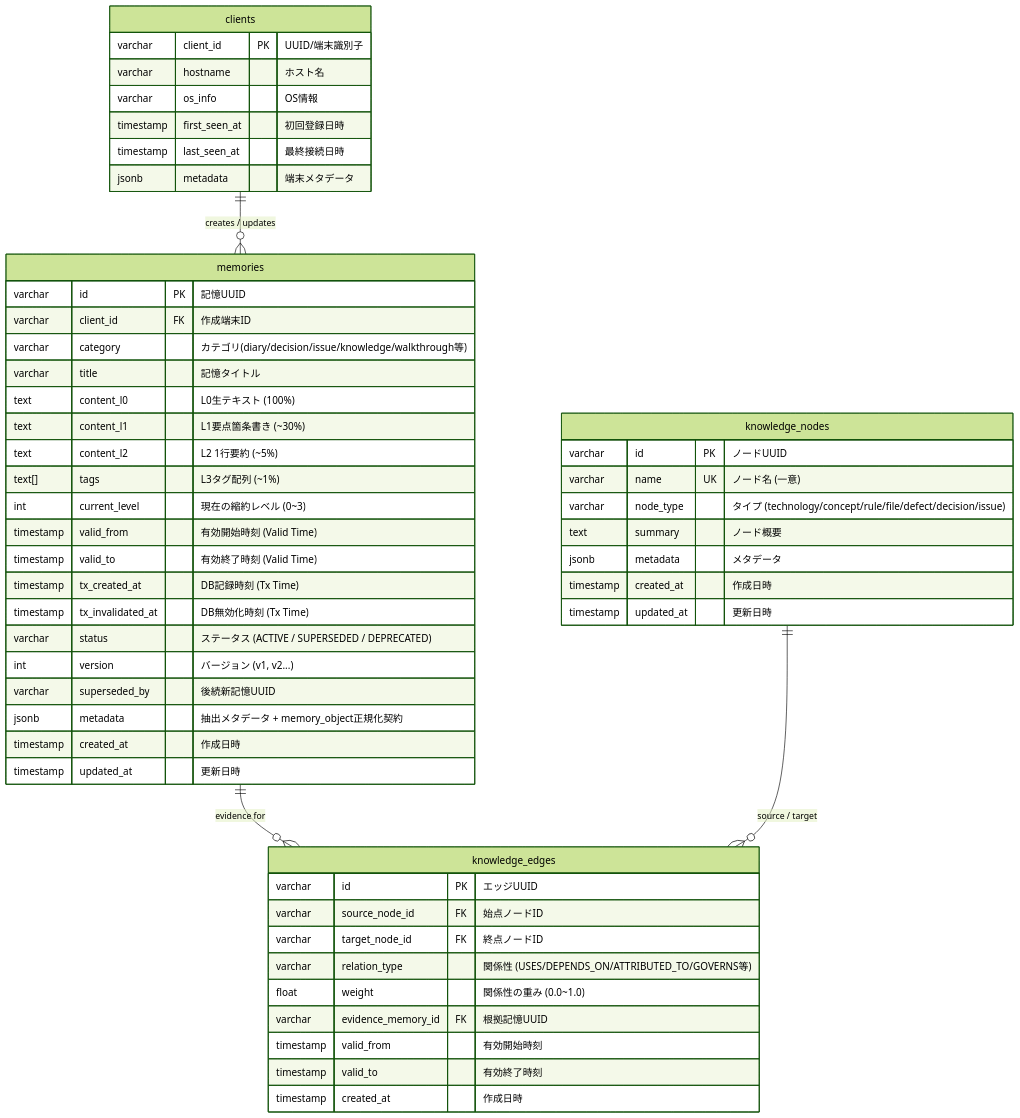
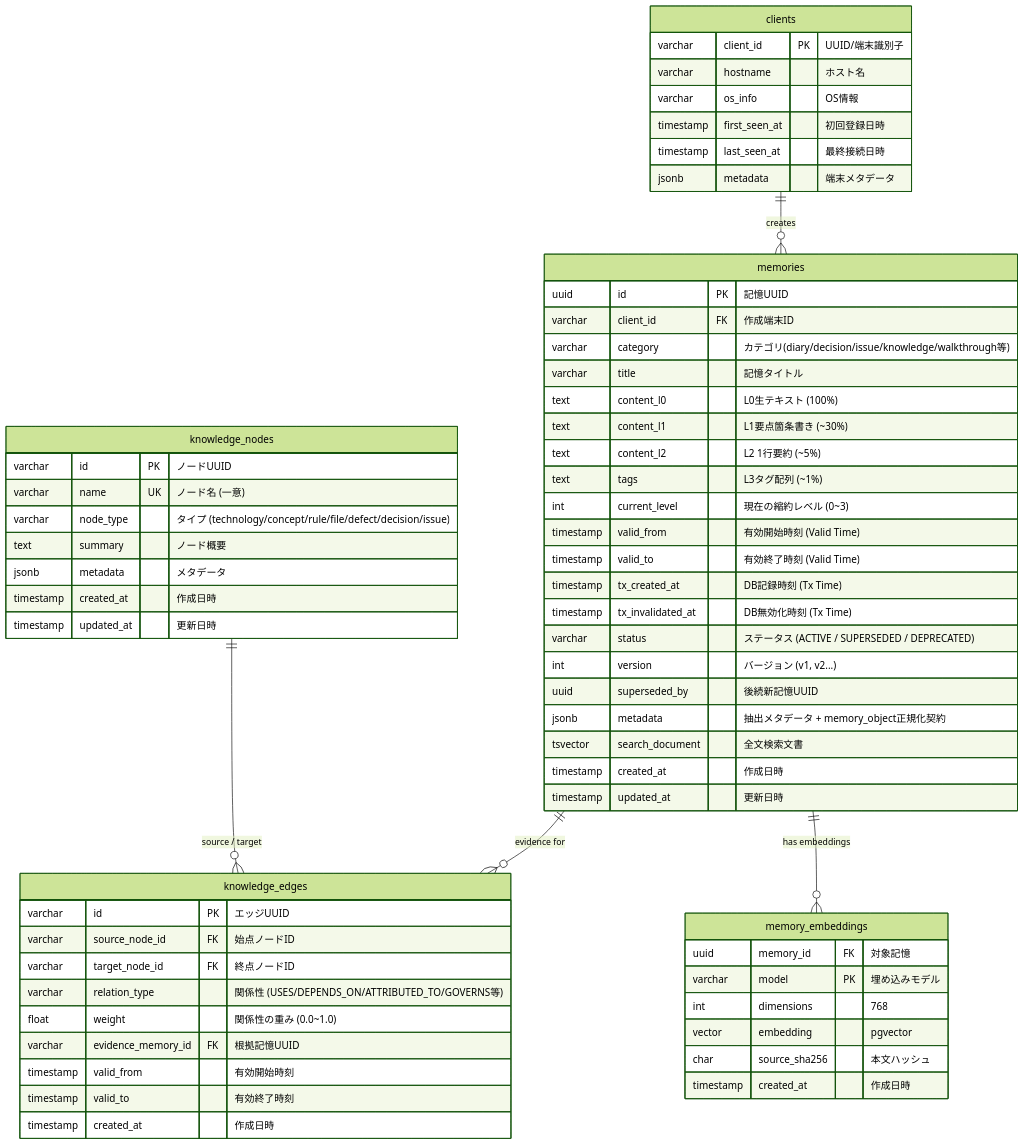
Before and after one commit to letwir/llm-memory: the diagram in docs/database_er_diagram.md, drawn with Mermaid (forest theme). The commit also changed 24 other files, not shown here.

Commit message:
docs: sync Mermaid diagrams and agent workflow

````diff
--- a/docs/database_er_diagram.md
+++ b/docs/database_er_diagram.md
@@ -5,59 +5,70 @@
 ```mermaid
 erDiagram
-    clients ||--o{ memories : "creates / updates"
+    clients ||--o{ memories : "creates"
     memories ||--o{ knowledge_edges : "evidence for"
+    memories ||--o{ memory_embeddings : "has embeddings"
     knowledge_nodes ||--o{ knowledge_edges : "source / target"
 
     clients {
         varchar client_id PK "UUID/端末識別子"
         varchar hostname "ホスト名"
         varchar os_info "OS情報"
         timestamp first_seen_at "初回登録日時"
         timestamp last_seen_at "最終接続日時"
         jsonb metadata "端末メタデータ"
     }
 
     memories {
-        varchar id PK "記憶UUID"
+        uuid id PK "記憶UUID"
         varchar client_id FK "作成端末ID"
         varchar category "カテゴリ(diary/decision/issue/knowledge/walkthrough等)"
         varchar title "記憶タイトル"
         text content_l0 "L0生テキスト (100%)"
         text content_l1 "L1要点箇条書き (~30%)"
         text content_l2 "L2 1行要約 (~5%)"
-        text[] tags "L3タグ配列 (~1%)"
+        text tags "L3タグ配列 (~1%)"
         int current_level "現在の縮約レベル (0~3)"
         timestamp valid_from "有効開始時刻 (Valid Time)"
         timestamp valid_to "有効終了時刻 (Valid Time)"
         timestamp tx_created_at "DB記録時刻 (Tx Time)"
         timestamp tx_invalidated_at "DB無効化時刻 (Tx Time)"
         varchar status "ステータス (ACTIVE / SUPERSEDED / DEPRECATED)"
         int version "バージョン (v1, v2...)"
-        varchar superseded_by "後続新記憶UUID"
+        uuid superseded_by "後続新記憶UUID"
         jsonb metadata "抽出メタデータ + memory_object正規化契約"
+        tsvector search_document "全文検索文書"
         timestamp created_at "作成日時"
         timestamp updated_at "更新日時"
+    }
+
+    memory_embeddings {
+        uuid memory_id FK "対象記憶"
+        varchar model PK "埋め込みモデル"
+        int dimensions "768"
+        vector embedding "pgvector"
+        char source_sha256 "本文ハッシュ"
+        timestamp created_at "作成日時"
     }
 
     knowledge_nodes {
         varchar id PK "ノードUUID"
         varchar name UK "ノード名 (一意)"
         varchar node_type "タイプ (technology/concept/rule/file/defect/decision/issue)"
         text summary "ノード概要"
         jsonb metadata "メタデータ"
         timestamp created_at "作成日時"
         timestamp updated_at "更新日時"
     }
 
     knowledge_edges {
         varchar id PK "エッジUUID"
         varchar source_node_id FK "始点ノードID"
         varchar target_node_id FK "終点ノードID"
         varchar relation_type "関係性 (USES/DEPENDS_ON/ATTRIBUTED_TO/GOVERNS等)"
         float weight "関係性の重み (0.0~1.0)"
         varchar evidence_memory_id FK "根拠記憶UUID"
         timestamp valid_from "有効開始時刻"
         timestamp valid_to "有効終了時刻"
         timestamp created_at "作成日時"
     }
 ```
````
